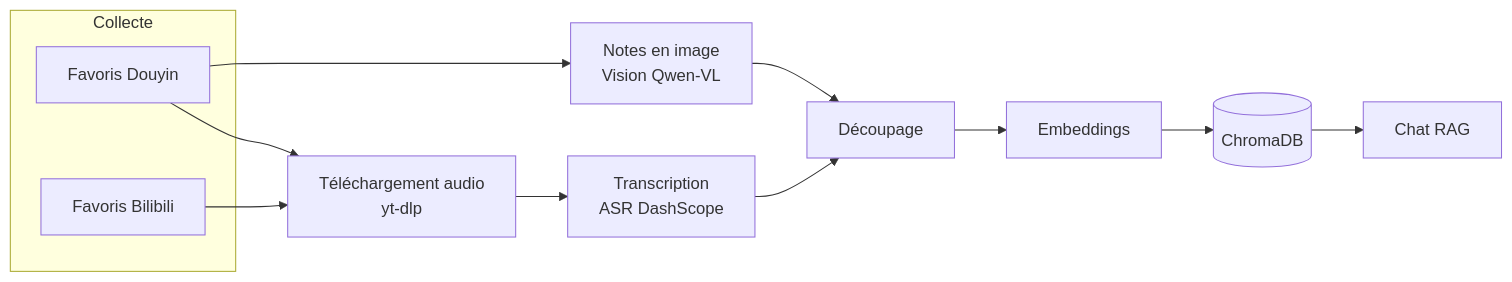
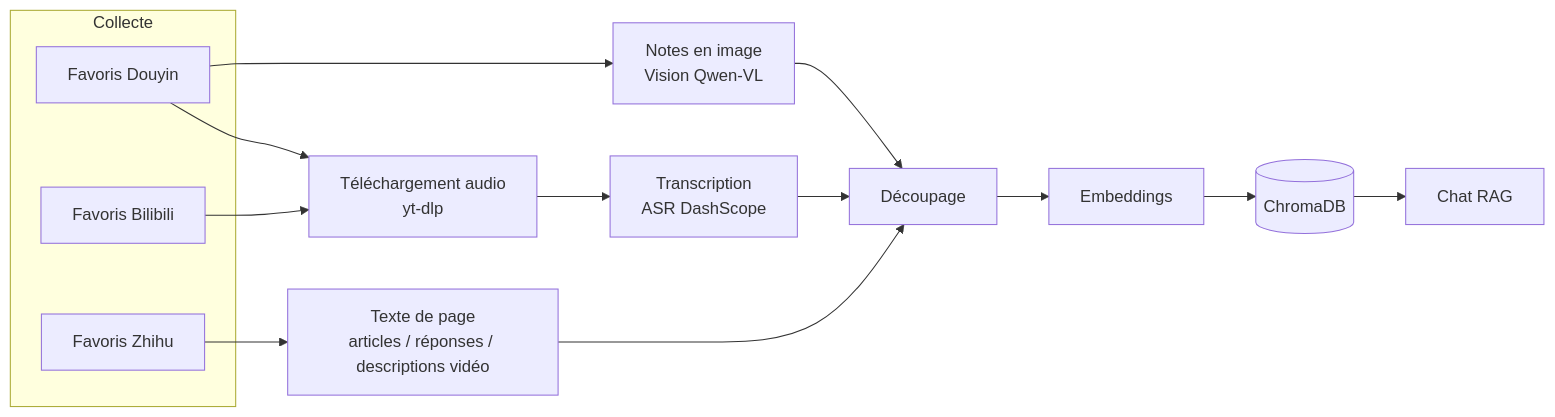
Before and after one commit to EypeZeo/Akasha-RAG: the diagram in docs/README.fr.md, drawn with Mermaid. The commit also changed other lines of this file and 8 other files, not shown here.

````diff
--- a/docs/README.fr.md
+++ b/docs/README.fr.md
@@ -21,16 +29,19 @@
 ```mermaid
 flowchart LR
     subgraph col["Collecte"]
         DY[Favoris Douyin]
         BILI[Favoris Bilibili]
+        ZH[Favoris Zhihu]
     end
     DY --> DL[Téléchargement audio<br/>yt-dlp]
     BILI --> DL
     DY --> IMG[Notes en image<br/>Vision Qwen-VL]
+    ZH --> TEXT[Texte de page<br/>articles / réponses / descriptions vidéo]
     DL --> ASR[Transcription<br/>ASR DashScope]
     ASR --> CHUNK[Découpage]
     IMG --> CHUNK
+    TEXT --> CHUNK
     CHUNK --> EMBED[Embeddings]
     EMBED --> VDB[(ChromaDB)]
     VDB --> CHAT[Chat RAG]
 ```
````
